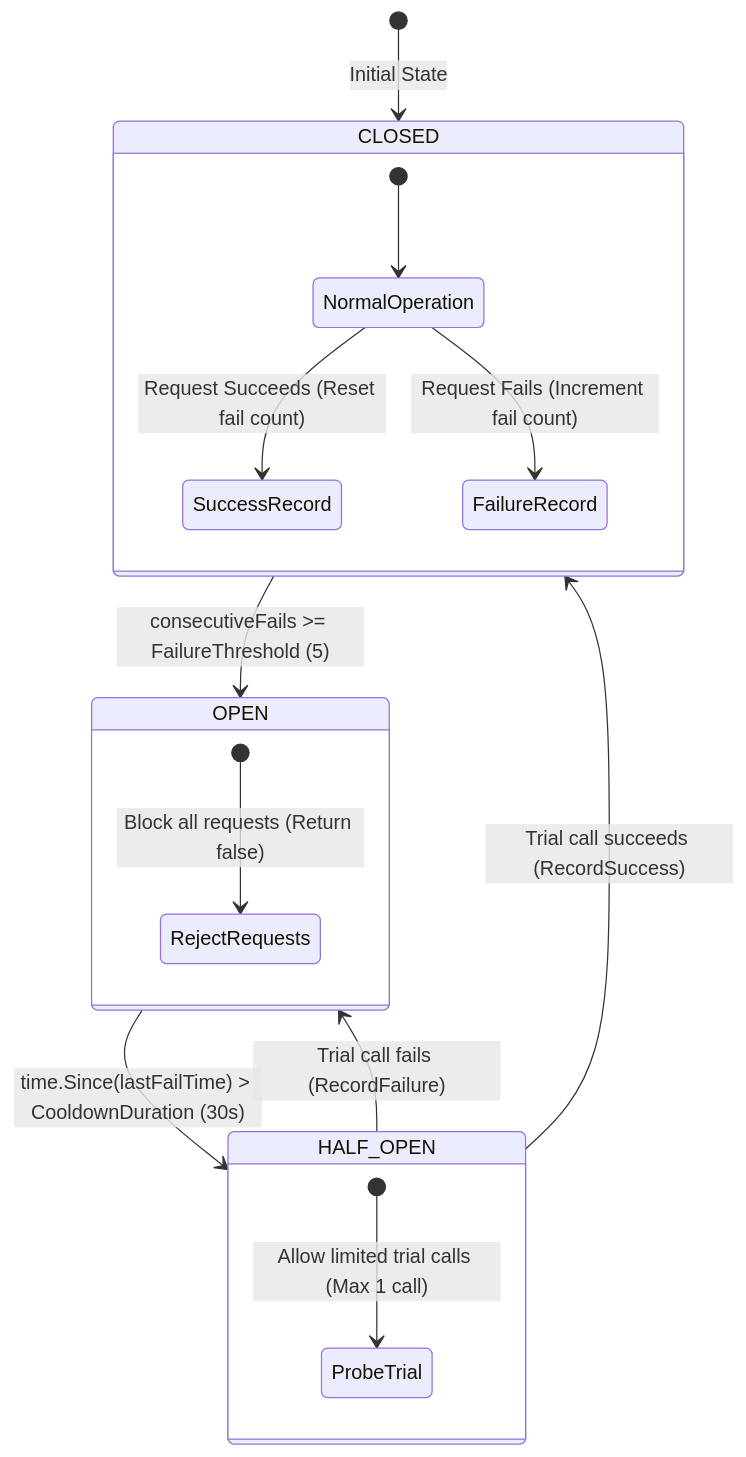
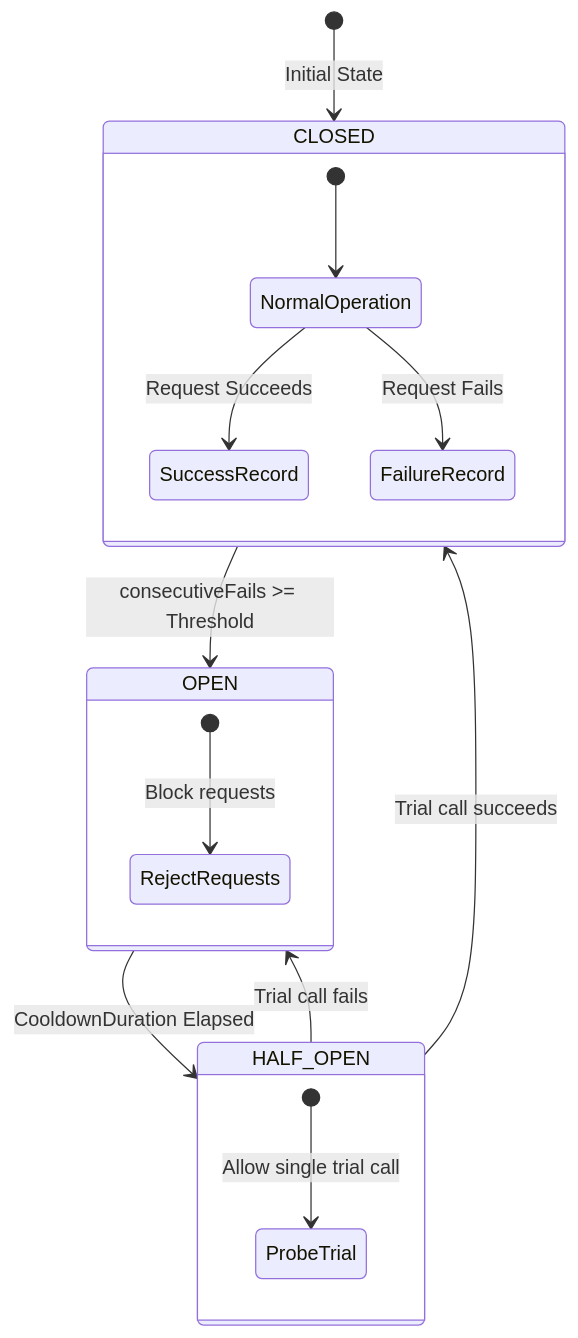
The fifth of 6 diagrams in packages/configs/llm-obs-infra/docs/architectureDoc/adr-0009-service-registry-and-discovery.md (Chief-Strategist-J/llm-observability-platform), drawn with Mermaid before and after one commit. The commit also changed other lines of this file, not shown here.

Commit message:
fix(docs): update Mermaid diagram syntax in ADR-0009 for GitHub renderer compatibility

````diff
--- a/packages/configs/llm-obs-infra/docs/architectureDoc/adr-0009-service-registry-and-discovery.md
+++ b/packages/configs/llm-obs-infra/docs/architectureDoc/adr-0009-service-registry-and-discovery.md
@@ -399,25 +398,25 @@
 ```mermaid
 stateDiagram-v2
     [*] --> CLOSED : Initial State
 
     state CLOSED {
         [*] --> NormalOperation
-        NormalOperation --> SuccessRecord : Request Succeeds (Reset fail count)
-        NormalOperation --> FailureRecord : Request Fails (Increment fail count)
+        NormalOperation --> SuccessRecord : Request Succeeds
+        NormalOperation --> FailureRecord : Request Fails
     }
 
-    CLOSED --> OPEN : consecutiveFails >= FailureThreshold (5)
+    CLOSED --> OPEN : consecutiveFails >= Threshold
 
     state OPEN {
-        [*] --> RejectRequests : Block all requests (Return false)
+        [*] --> RejectRequests : Block requests
     }
 
-    OPEN --> HALF_OPEN : time.Since(lastFailTime) > CooldownDuration (30s)
+    OPEN --> HALF_OPEN : CooldownDuration Elapsed
 
     state HALF_OPEN {
-        [*] --> ProbeTrial : Allow limited trial calls (Max 1 call)
+        [*] --> ProbeTrial : Allow single trial call
     }
 
-    HALF_OPEN --> CLOSED : Trial call succeeds (RecordSuccess)
-    HALF_OPEN --> OPEN : Trial call fails (RecordFailure)
+    HALF_OPEN --> CLOSED : Trial call succeeds
+    HALF_OPEN --> OPEN : Trial call fails
 ```
````
